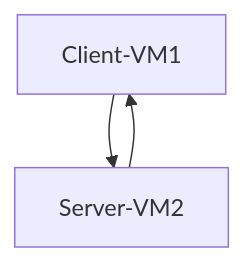
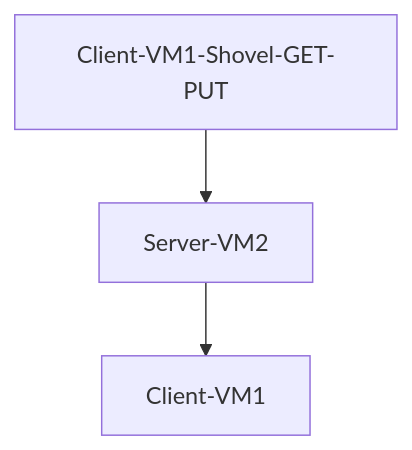
Before and after one commit to spawnmarvel/quickguides: the diagram in amqp/Readme.md, drawn with Mermaid. The commit also changed other lines of this file, not shown here.

Commit message:
cert order

````diff
--- a/amqp/Readme.md
+++ b/amqp/Readme.md
@@ -56,5 +57,5 @@
 ```mermaid
 graph TD;
-    Client-VM1-->Server-VM2;
+    Client-VM1-Shovel-GET-PUT-->Server-VM2;
     Server-VM2-->Client-VM1;
 ```
````
